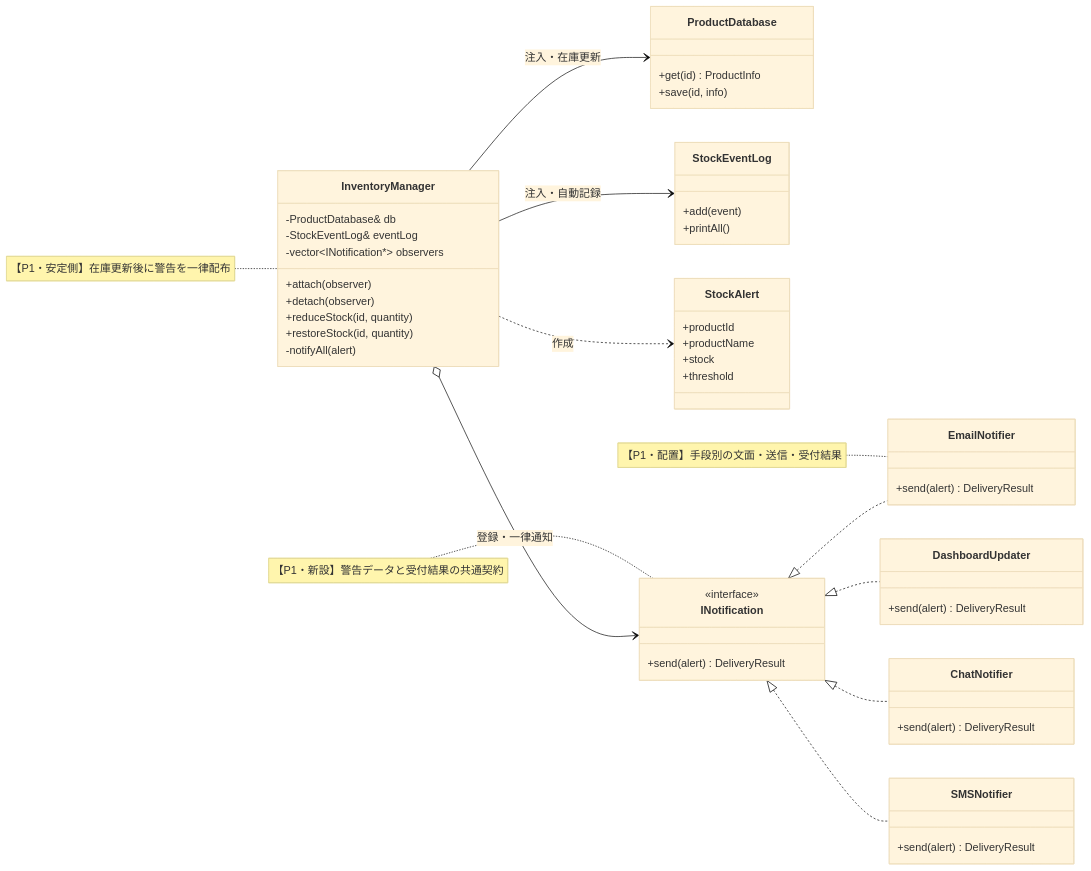
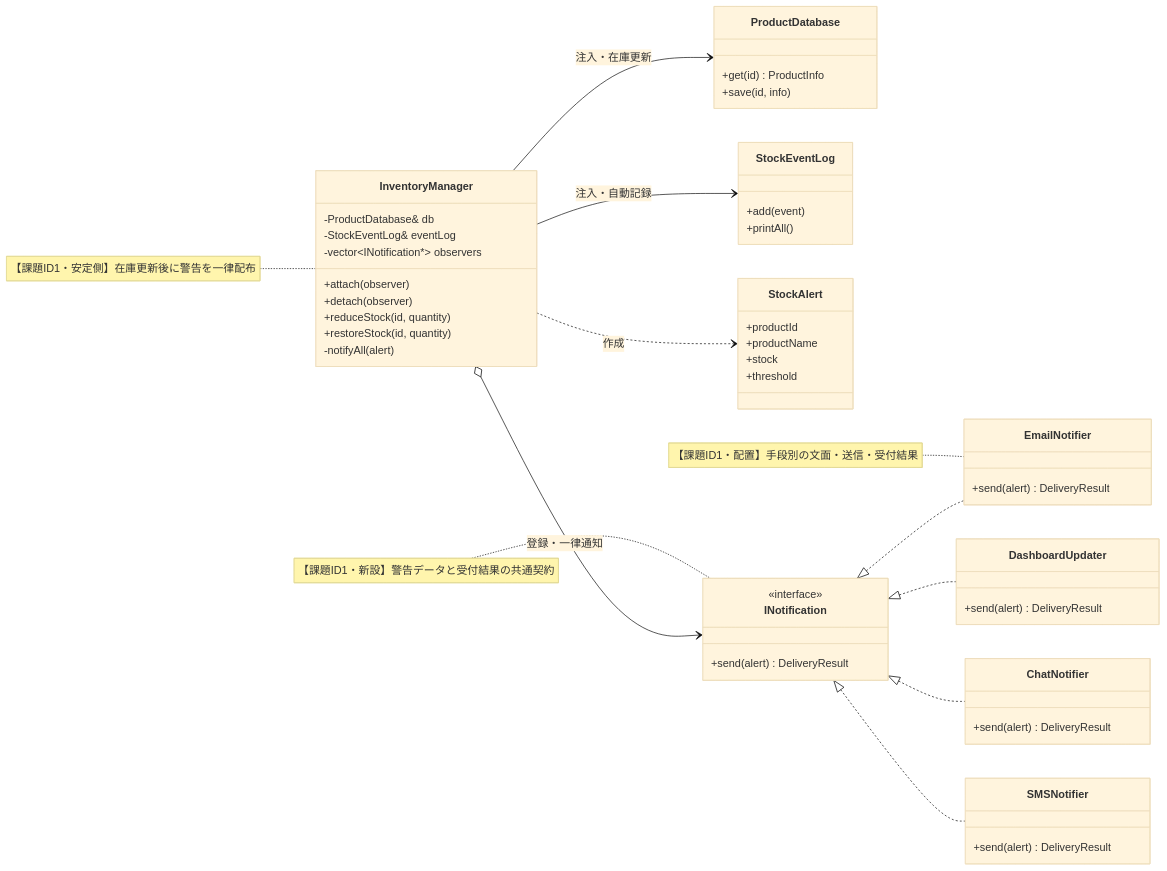
Before and after one commit to kumachan1101-pixel/DesignPattern: the tenth of 14 diagrams in kindle/design-patterns/output/chapter07.md, drawn with Mermaid (base theme). The commit also changed other lines of this file and 43 other files, not shown here.

````diff
--- a/kindle/design-patterns/output/chapter07.md
+++ b/kindle/design-patterns/output/chapter07.md
@@ -1319,51 +1361,51 @@
 ```mermaid
 classDiagram
     direction LR
     class ProductDatabase {
         +get(id) ProductInfo
         +save(id, info)
     }
     class StockEventLog {
         +add(event)
         +printAll()
     }
     class StockAlert {
         +productId
         +productName
         +stock
         +threshold
     }
     class InventoryManager {
         -ProductDatabase& db
         -StockEventLog& eventLog
         -vector~INotification*~ observers
         +attach(observer)
         +detach(observer)
         +reduceStock(id, quantity)
         +restoreStock(id, quantity)
         -notifyAll(alert)
     }
     class INotification {
         <<interface>>
         +send(alert) DeliveryResult
     }
     class EmailNotifier { +send(alert) DeliveryResult }
     class DashboardUpdater { +send(alert) DeliveryResult }
     class ChatNotifier { +send(alert) DeliveryResult }
     class SMSNotifier { +send(alert) DeliveryResult }
     InventoryManager --> ProductDatabase : 注入・在庫更新
     InventoryManager --> StockEventLog : 注入・自動記録
     InventoryManager o--> INotification : 登録・一律通知
     InventoryManager ..> StockAlert : 作成
     INotification <|.. EmailNotifier
     INotification <|.. DashboardUpdater
     INotification <|.. ChatNotifier
     INotification <|.. SMSNotifier
 
-    note for INotification "【P1・新設】警告データと受付結果の共通契約"
-    note for EmailNotifier "【P1・配置】手段別の文面・送信・受付結果"
-    note for InventoryManager "【P1・安定側】在庫更新後に警告を一律配布"
+    note for INotification "【課題ID1・新設】警告データと受付結果の共通契約"
+    note for EmailNotifier "【課題ID1・配置】手段別の文面・送信・受付結果"
+    note for InventoryManager "【課題ID1・安定側】在庫更新後に警告を一律配布"
 
     classDef focus fill:#FFF2CC,stroke:#D6B656,stroke-width:2px,color:#222222
     cssClass "InventoryManager,INotification,EmailNotifier,DashboardUpdater,ChatNotifier,SMSNotifier" focus
 ```
````
